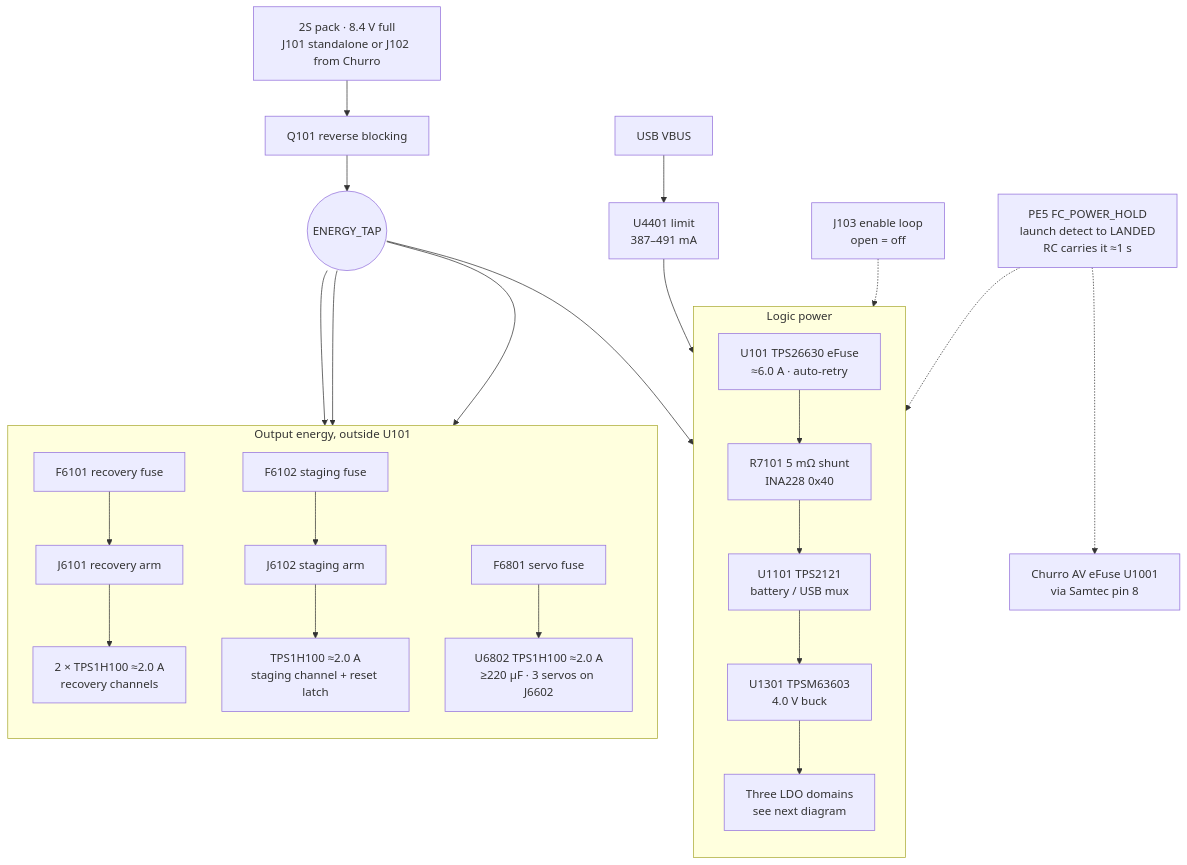
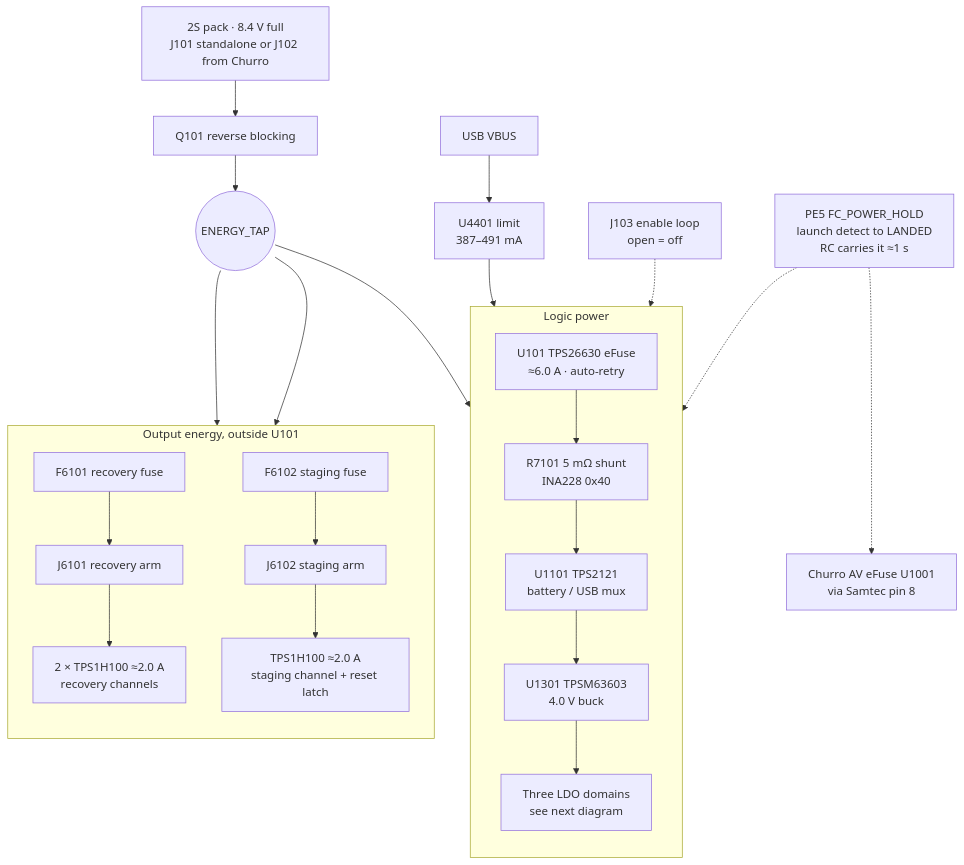
Before and after one commit to ULAS-HiPR/Ogma2: the first of 2 diagrams in docs/architecture/02-power.md, drawn with Mermaid. The commit also changed other lines of this file and 21 other files, not shown here.

First line of the commit message:
Record the 18-19 Nov architecture sign-off and its decisions

````diff
--- a/docs/architecture/02-power.md
+++ b/docs/architecture/02-power.md
@@ -15,40 +15,37 @@
 ```mermaid
 flowchart TB
   BAT["2S pack · 8.4 V full
 J101 standalone or J102 from Churro"] --> Q["Q101 reverse blocking"]
   Q --> TAP(("ENERGY_TAP"))
   subgraph LOGIC["Logic power"]
     direction TB
     U101["U101 TPS26630 eFuse
 ≈6.0 A · auto-retry"] --> SH["R7101 5 mΩ shunt
 INA228 0x40"]
     SH --> MUX["U1101 TPS2121
 battery / USB mux"]
     MUX --> BUCK["U1301 TPSM63603
 4.0 V buck"]
     BUCK --> DOM["Three LDO domains
 see next diagram"]
   end
   subgraph ENERGY["Output energy, outside U101"]
     direction TB
     F61["F6101 recovery fuse"] --> ARM["J6101 recovery arm"] --> PY["2 × TPS1H100 ≈2.0 A
 recovery channels"]
     F62["F6102 staging fuse"] --> ARM3["J6102 staging arm"] --> PY3["TPS1H100 ≈2.0 A
 staging channel + reset latch"]
-    F68["F6801 servo fuse"] --> SV["U6802 TPS1H100 ≈2.0 A
-≥220 µF · 3 servos on J6602"]
   end
   TAP --> U101
   TAP --> F61
   TAP --> F62
-  TAP --> F68
   USB["USB VBUS"] --> UL["U4401 limit
 387–491 mA"] --> MUX
   J103["J103 enable loop
 open = off"] -.-> U101
   HOLD["PE5 FC_POWER_HOLD
 launch detect to LANDED
 RC carries it ≈1 s"] -.-> U101
   HOLD -.-> CHU["Churro AV eFuse U1001
 via Samtec pin 8"]
 ```
````
